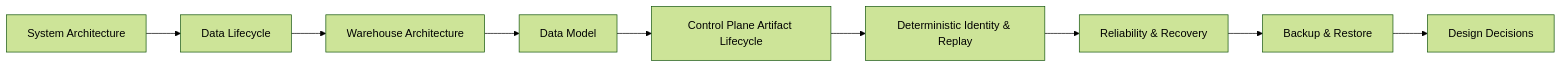
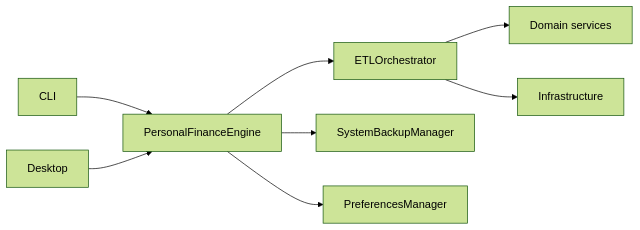
One commit to tks18/personal-finance-etl changed the third of 6 diagrams in docs/architecture/README.md. Above: the diagram before and after it, drawn with Mermaid (forest theme). The commit also changed other lines of this file and 10 other files, not shown here.

Commit message:
docs: update docs/architecture for latest version

````diff
--- a/docs/architecture/README.md
+++ b/docs/architecture/README.md
@@ -16,11 +151,10 @@
 ```mermaid
 flowchart LR
-    SA[System Architecture] --> DL[Data Lifecycle]
-    DL --> WA[Warehouse Architecture]
-    WA --> DM[Data Model]
-    DM --> CP[Control Plane Artifact Lifecycle]
-    CP --> ID[Deterministic Identity & Replay]
-    ID --> RR[Reliability & Recovery]
-    RR --> BR[Backup & Restore]
-    BR --> DD[Design Decisions]
+    CLI[CLI] --> F[PersonalFinanceEngine]
+    UI[Desktop] --> F
+    F --> O[ETLOrchestrator]
+    F --> BK[SystemBackupManager]
+    F --> PREF[PreferencesManager]
+    O --> D[Domain services]
+    O --> INF[Infrastructure]
 ```
````
